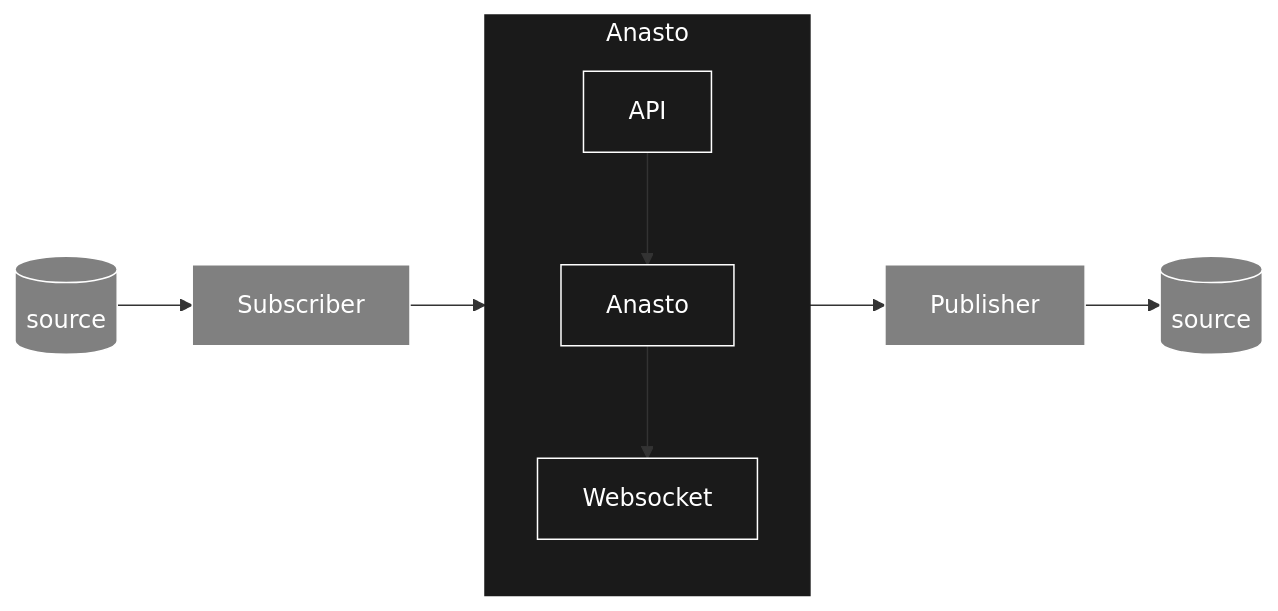
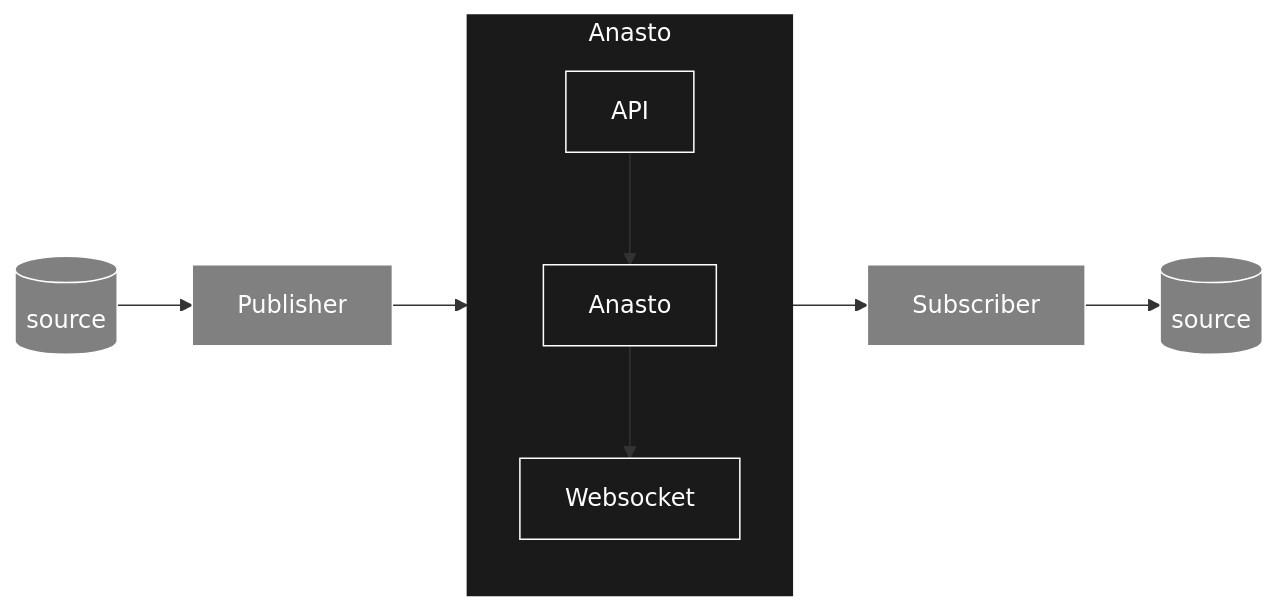
The third of 4 diagrams in README.md (MattBast/anasto), drawn with Mermaid before and after one commit. The commit also changed other lines of this file, not shown here.

````diff
--- a/README.md
+++ b/README.md
@@ -60,22 +60,22 @@
 ```mermaid
 flowchart LR
     %% nodes
     source_one[(source)]:::other_node;
     sub[Subscriber]:::other_node;
     subgraph anasto[Anasto]
     direction TB
     anasto_api[API]:::anasto_inner;
     anasto_inner[Anasto]:::anasto_inner;
     anasto_ws[Websocket]:::anasto_inner;
     end
     pub[Publisher]:::other_node;
     destination_one[(source)]:::other_node;
 
     %% links
-    source_one-->sub-->anasto_api-->anasto_inner-->anasto_ws-->pub-->destination_one;
+    source_one-->pub-->anasto_api-->anasto_inner-->anasto_ws-->sub-->destination_one;
     
     %% styling
     style anasto fill:#1a1a1a,stroke:#1a1a1a,color:#ffffff;
     classDef anasto_inner fill:#1a1a1a,stroke:#fff,color:#ffffff;
     classDef other_node fill:#808080,stroke:#fff,color:#ffffff;
 ```
````
